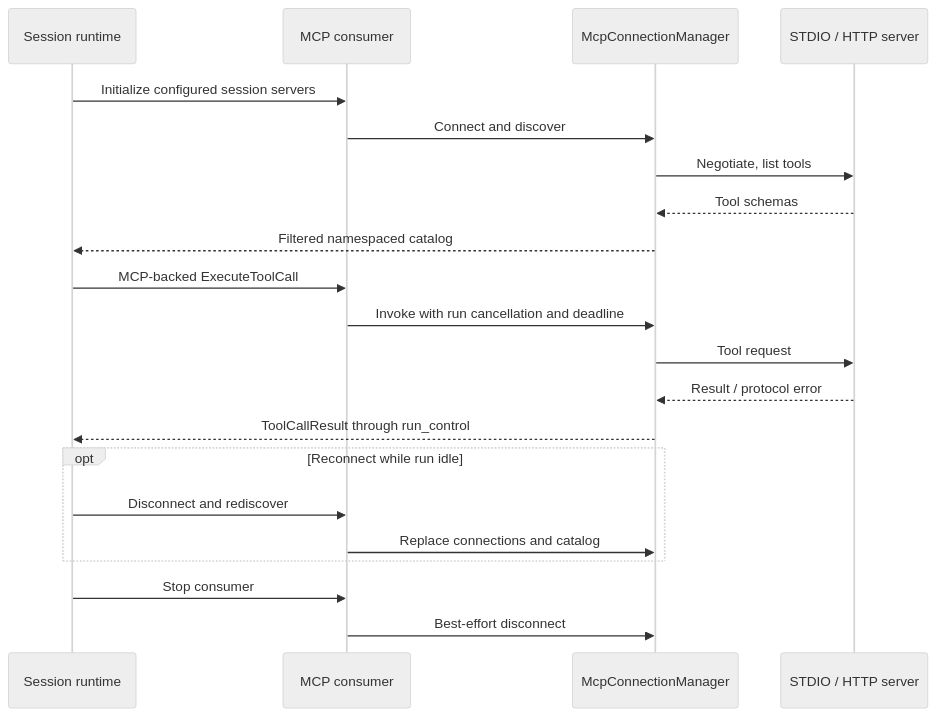
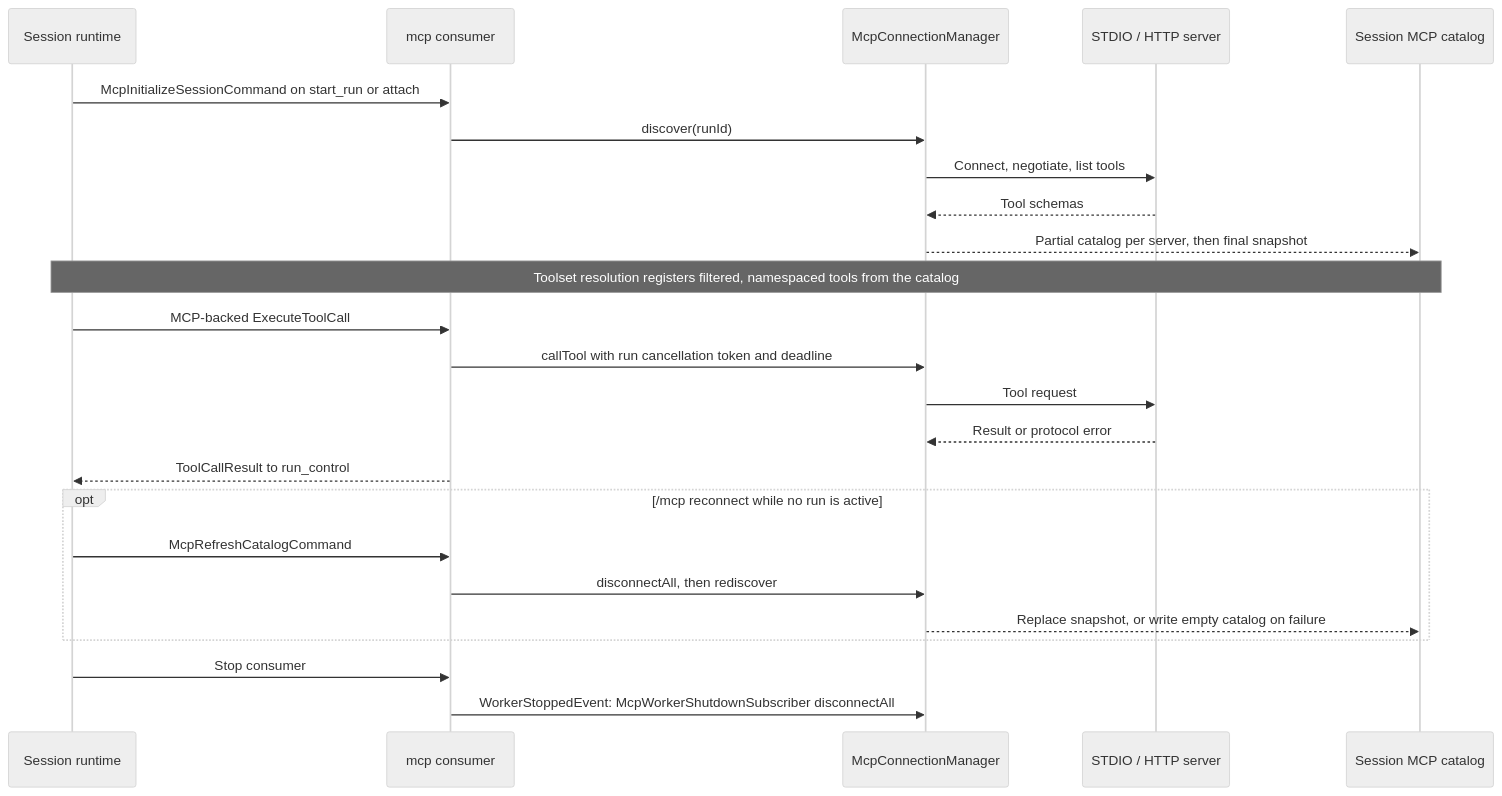
The second of 2 diagrams in architecture/tools-and-mcp.md (ineersa/agent-core), drawn with Mermaid (neutral theme) before and after one commit. The commit also changed other lines of this file and 86 other files, not shown here.

First line of the commit message:
Fix documentation drift and expand architecture diagrams

````diff
--- a/architecture/tools-and-mcp.md
+++ b/architecture/tools-and-mcp.md
@@ -72,23 +96,26 @@
 ```mermaid
 sequenceDiagram
     participant Runtime as Session runtime
-    participant MCP as MCP consumer
+    participant MCP as mcp consumer
     participant Manager as McpConnectionManager
     participant Server as STDIO / HTTP server
-    Runtime->>MCP: Initialize configured session servers
-    MCP->>Manager: Connect and discover
-    Manager->>Server: Negotiate, list tools
+    participant Catalog as Session MCP catalog
+    Runtime->>MCP: McpInitializeSessionCommand on start_run or attach
+    MCP->>Manager: discover(runId)
+    Manager->>Server: Connect, negotiate, list tools
     Server-->>Manager: Tool schemas
-    Manager-->>Runtime: Filtered namespaced catalog
+    Manager-->>Catalog: Partial catalog per server, then final snapshot
+    Note over Runtime,Catalog: Toolset resolution registers filtered, namespaced tools from the catalog
     Runtime->>MCP: MCP-backed ExecuteToolCall
-    MCP->>Manager: Invoke with run cancellation and deadline
+    MCP->>Manager: callTool with run cancellation token and deadline
     Manager->>Server: Tool request
-    Server-->>Manager: Result / protocol error
-    Manager-->>Runtime: ToolCallResult through run_control
-    opt Reconnect while run idle
-        Runtime->>MCP: Disconnect and rediscover
-        MCP->>Manager: Replace connections and catalog
+    Server-->>Manager: Result or protocol error
+    MCP-->>Runtime: ToolCallResult to run_control
+    opt /mcp reconnect while no run is active
+        Runtime->>MCP: McpRefreshCatalogCommand
+        MCP->>Manager: disconnectAll, then rediscover
+        Manager-->>Catalog: Replace snapshot, or write empty catalog on failure
     end
     Runtime->>MCP: Stop consumer
-    MCP->>Manager: Best-effort disconnect
+    MCP->>Manager: WorkerStoppedEvent: McpWorkerShutdownSubscriber disconnectAll
 ```
````
